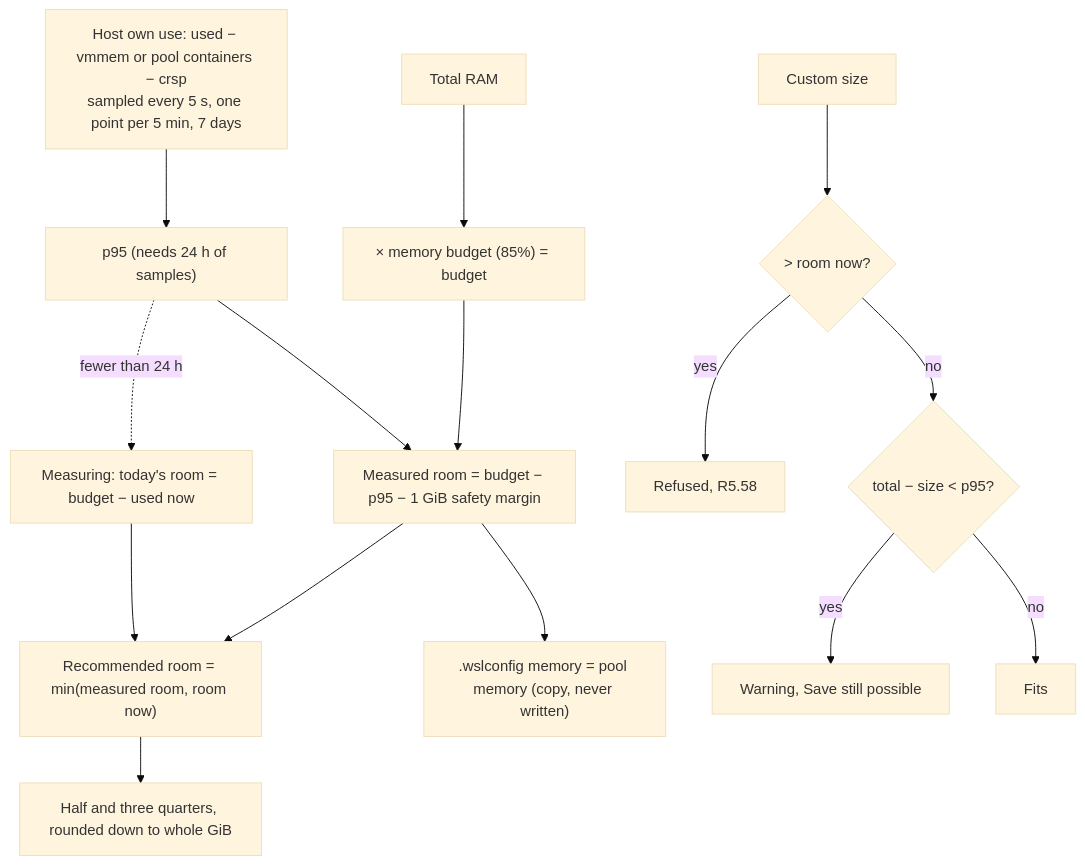
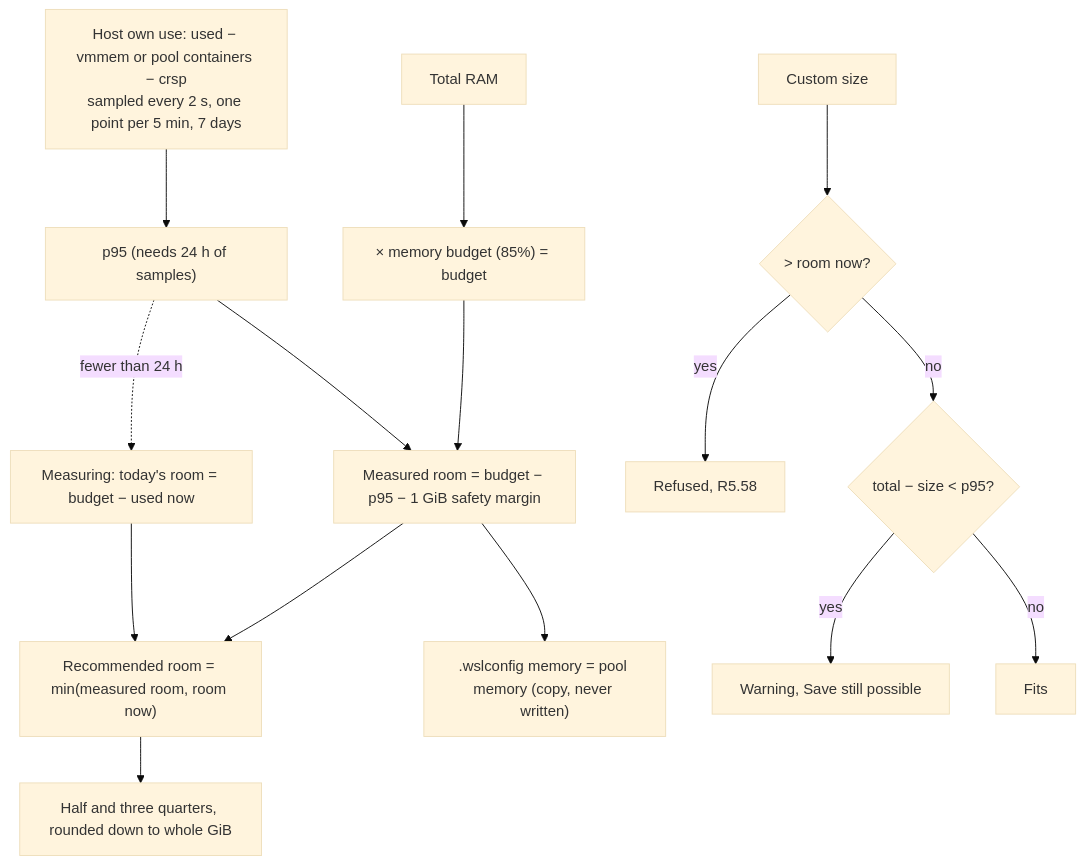
Before and after one commit to luis-mc/ci-runners-shared-pool: the third of 3 diagrams in docs/features/machines/spec.md, drawn with Mermaid (base theme). The commit also changed other lines of this file and 604 other files, not shown here.

First line of the commit message:
RELEASE-55: per-job runner labels, job classes and admission, tool store, test guardrails, CRSP_ variable names, parity removed, LC-11 declared changes (#384)

````diff
--- a/docs/features/machines/spec.md
+++ b/docs/features/machines/spec.md
@@ -358,17 +392,17 @@
 ```mermaid
 flowchart TD
   total[Total RAM] --> budget["× memory budget (85%) = budget"]
-  host["Host own use: used − vmmem or pool containers − crsp<br/>sampled every 5 s, one point per 5 min, 7 days"] --> p95["p95 (needs 24 h of samples)"]
+  host["Host own use: used − vmmem or pool containers − crsp<br/>sampled every 2 s, one point per 5 min, 7 days"] --> p95["p95 (needs 24 h of samples)"]
   budget --> room["Measured room = budget − p95 − 1 GiB safety margin"]
   p95 --> room
   p95 -. fewer than 24 h .-> fixed["Measuring: today's room = budget − used now"]
   room --> preset["Recommended room = min(measured room, room now)"]
   fixed --> preset
   preset --> shares["Half and three quarters, rounded down to whole GiB"]
   room --> wsl[".wslconfig memory = pool memory (copy, never written)"]
   size[Custom size] --> hard{"> room now?"}
   hard -- yes --> refuse[Refused, R5.58]
   hard -- no --> warn{"total − size < p95?"}
   warn -- yes --> warning[Warning, Save still possible]
   warn -- no --> ok[Fits]
 ```
````
